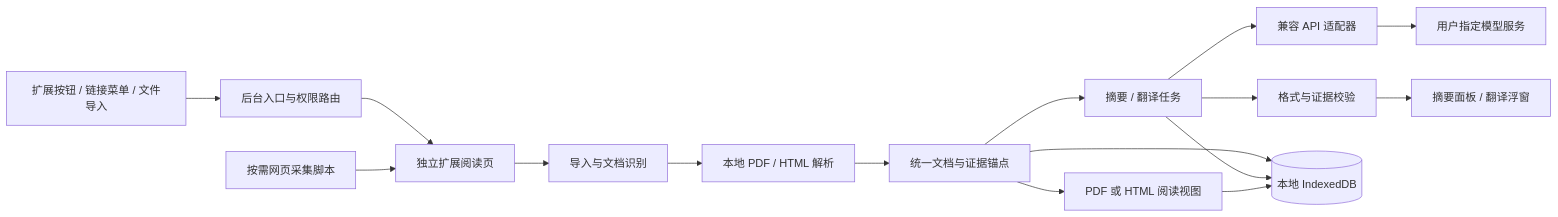
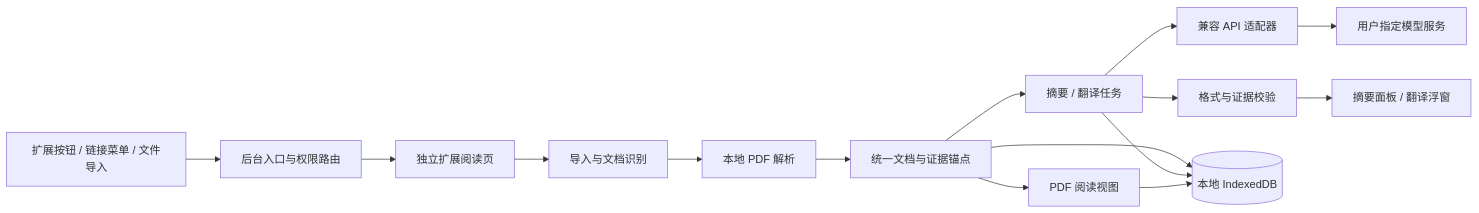
The diagram in docs/planning/02-architecture.md (Mirei124/thesis_viewer), drawn with Mermaid before and after one commit. The commit also changed other lines of this file and 81 other files, not shown here.

````diff
--- a/docs/planning/02-architecture.md
+++ b/docs/planning/02-architecture.md
@@ -17,18 +17,17 @@
 ```mermaid
 flowchart LR
   Entry[扩展按钮 / 链接菜单 / 文件导入] --> Router[后台入口与权限路由]
   Router --> Reader[独立扩展阅读页]
-  Capture[按需网页采集脚本] --> Reader
   Reader --> Import[导入与文档识别]
-  Import --> Parse[本地 PDF / HTML 解析]
+  Import --> Parse[本地 PDF 解析]
   Parse --> Doc[统一文档与证据锚点]
-  Doc --> View[PDF 或 HTML 阅读视图]
+  Doc --> View[PDF 阅读视图]
   Doc --> Jobs[摘要 / 翻译任务]
   Jobs --> Provider[兼容 API 适配器]
   Provider --> Remote[用户指定模型服务]
   Jobs --> Check[格式与证据校验]
   Check --> Panels[摘要面板 / 翻译浮窗]
   Doc --> DB[(本地 IndexedDB)]
   Jobs --> DB
   View --> DB
 ```
````
